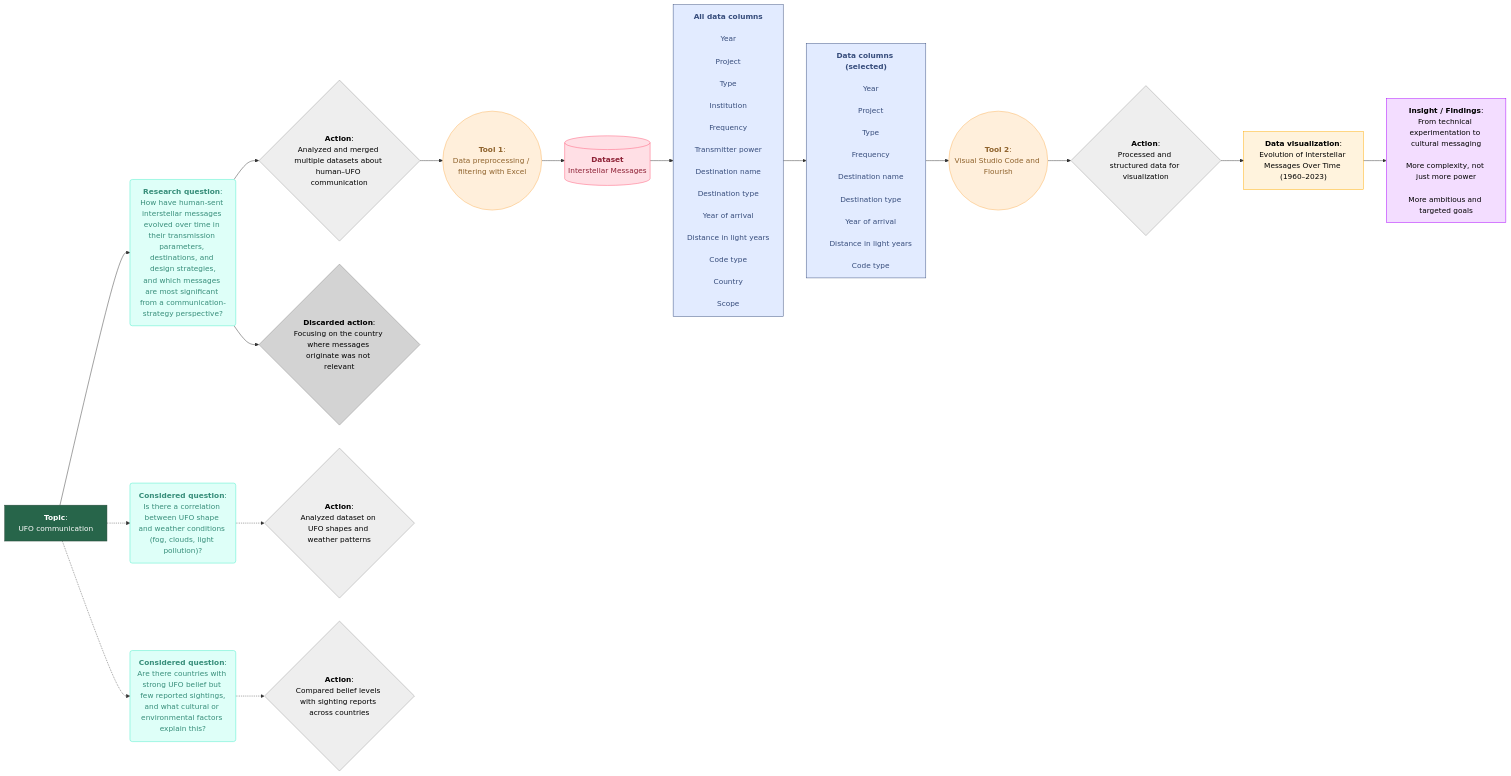
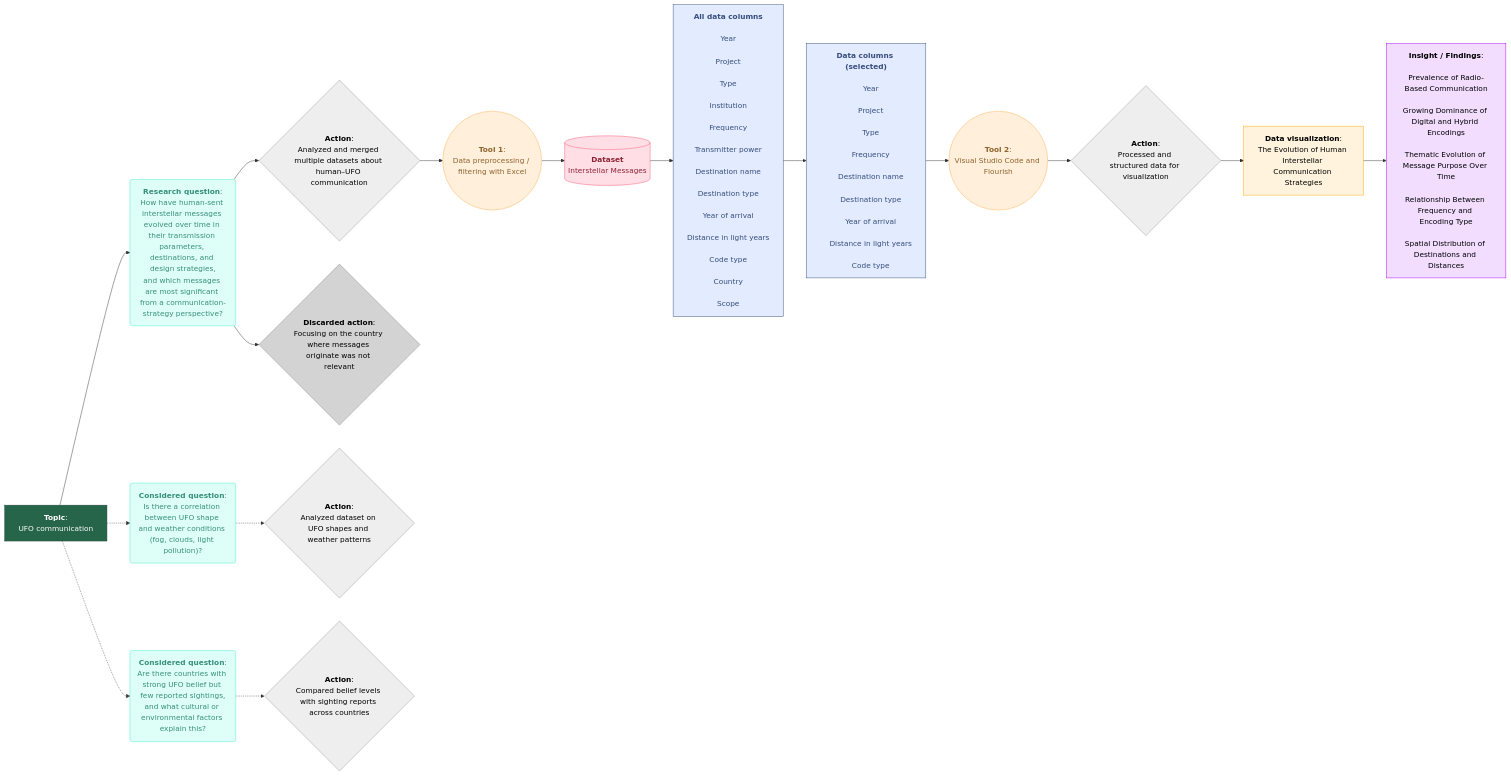
Before and after one commit to mariannalonardi/DDD-2025-Group6: the diagram in README.md, drawn with Mermaid.

````diff
--- a/README.md
+++ b/README.md
@@ -16,74 +16,79 @@
 ```mermaid
+---
+config:
+  layout: fixed
+---
 flowchart LR
     Topic["<b>Topic</b>:<br>UFO communication"] --> RQ_Main["<b>Research question</b>:<br>How have human-sent interstellar messages evolved over time in their transmission parameters, destinations, and design strategies,<br>and which messages are most significant from a communication-strategy perspective?"]
     RQ_Main --> Action_Main{"<b>Action</b>:<br>Analyzed and merged multiple datasets about human–UFO communication"} & Action_Failed{"<b>Discarded action</b>:<br>Focusing on the country where messages originate was not relevant"}
     Action_Main --> Tool1(("<b>Tool 1</b>:<br>Data preprocessing / filtering with Excel"))
     Tool1 --> Dataset[("<b>Dataset</b><br>Interstellar Messages")]
     Dataset --> AllCols["<b>All data columns</b><br>
       Year<br>
       Project<br>
       Type<br>
       Institution<br>
       Frequency<br>
       Transmitter power<br>
       Destination name<br>
       Destination type<br>
       Year of arrival<br>
       Distance in light years<br>
       Code type<br>
       Country<br>
       Scope"]
     AllCols --> SelectedCols["<b>Data columns (selected)</b><br>
     Year<br>
     Project<br>
     Type<br>
     Frequency<br>
     Destination name<br>
     Destination type<br>
     Year of arrival<br>
     Distance in light years<br>
     Code type"]
     SelectedCols --> Tool2(("<b>Tool 2</b>:<br>Visual Studio Code and Flourish"))
     Tool2 --> Action_Tool2{"<b>Action</b>:<br>Processed and structured data for visualization"}
-    Action_Tool2 --> DataViz["<b>Data visualization</b>:<br>Evolution of Interstellar Messages Over Time (1960–2023)"]
-    DataViz --> Insights["<b>Insight / Findings</b>:<br>From technical experimentation to cultural messaging
-
-More complexity, not just more power
-
-More ambitious and targeted goals"]
+    Action_Tool2 --> DataViz["<b>Data visualization</b>:<br>The Evolution of Human Interstellar Communication Strategies"]
+    DataViz --> Insights["<b>Insight / Findings</b>:<br>
+Prevalence of Radio-Based Communication<br>
+Growing Dominance of Digital and Hybrid Encodings<br>
+Thematic Evolution of Message Purpose Over Time<br>
+Relationship Between Frequency and Encoding Type<br>
+Spatial Distribution of Destinations and Distances"]
     Topic -.-> RQ_Optional1["<b>Considered question</b>:<br>Is there a correlation between UFO shape and weather conditions (fog, clouds, light pollution)?"] & RQ_Optional2["<b>Considered question</b>:<br>Are there countries with strong UFO belief but few reported sightings,<br>and what cultural or environmental factors explain this?"]
     RQ_Optional1 -.-> Action_Optional1{"<b>Action</b>:<br>Analyzed dataset on UFO shapes and weather patterns"}
     RQ_Optional2 -.-> Action_Optional2{"<b>Action</b>:<br>Compared belief levels with sighting reports across countries"}
 
     RQ_Main@{ shape: rounded}
     RQ_Optional1@{ shape: rounded}
     RQ_Optional2@{ shape: rounded}
      Topic:::Pine
      RQ_Main:::Aqua
      Action_Main:::Ash
      Action_Failed:::failed
      Tool1:::Peach
      Dataset:::Rose
      AllCols:::Sky
      SelectedCols:::Sky
      Tool2:::circle
      Tool2:::Peach
      Action_Tool2:::Ash
      DataViz:::subroutine
      Insights:::hexagon
      RQ_Optional1:::Aqua
      RQ_Optional2:::Aqua
      Action_Optional1:::Ash
      Action_Optional2:::Ash
     classDef dashed stroke-dasharray: 5 5, stroke:#555
     classDef failed fill:#d3d3d3, stroke:#888, color:#000
     classDef Pine stroke-width:1px, stroke-dasharray:none, stroke:#254336, fill:#27654A, color:#FFFFFF
     classDef Aqua stroke-width:1px, stroke-dasharray:none, stroke:#46EDC8, fill:#DEFFF8, color:#378E7A
     classDef Ash stroke-width:1px, stroke-dasharray:none, stroke:#999999, fill:#EEEEEE, color:#000000
     classDef Peach stroke-width:1px, stroke-dasharray:none, stroke:#FBB35A, fill:#FFEFDB, color:#8F632D
     classDef Rose stroke-width:1px, stroke-dasharray:none, stroke:#FF5978, fill:#FFDFE5, color:#8E2236
     classDef circle stroke-width:1px, stroke-dasharray:none, stroke:#5555FF, fill:#DDEEFF, color:#000
     classDef subroutine stroke-width:1px, stroke-dasharray:none, stroke:#FFAA00, fill:#FFF3DD, color:#000
     classDef hexagon stroke-width:1px, stroke-dasharray:none, stroke:#AA00FF, fill:#F3DDFF, color:#000
     classDef Sky stroke-width:1px, stroke-dasharray:none, stroke:#374D7C, fill:#E2EBFF, color:#374D7C
 ```
````
